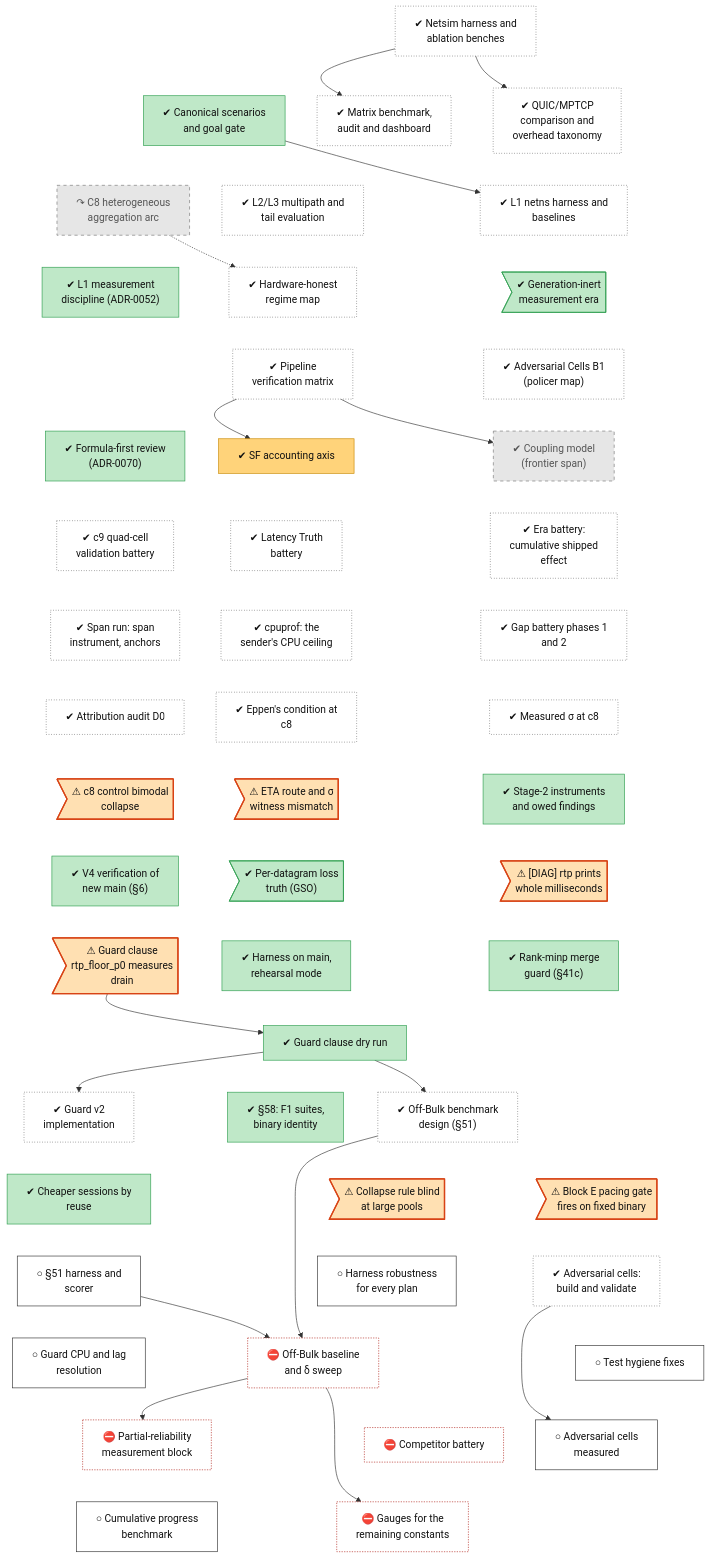
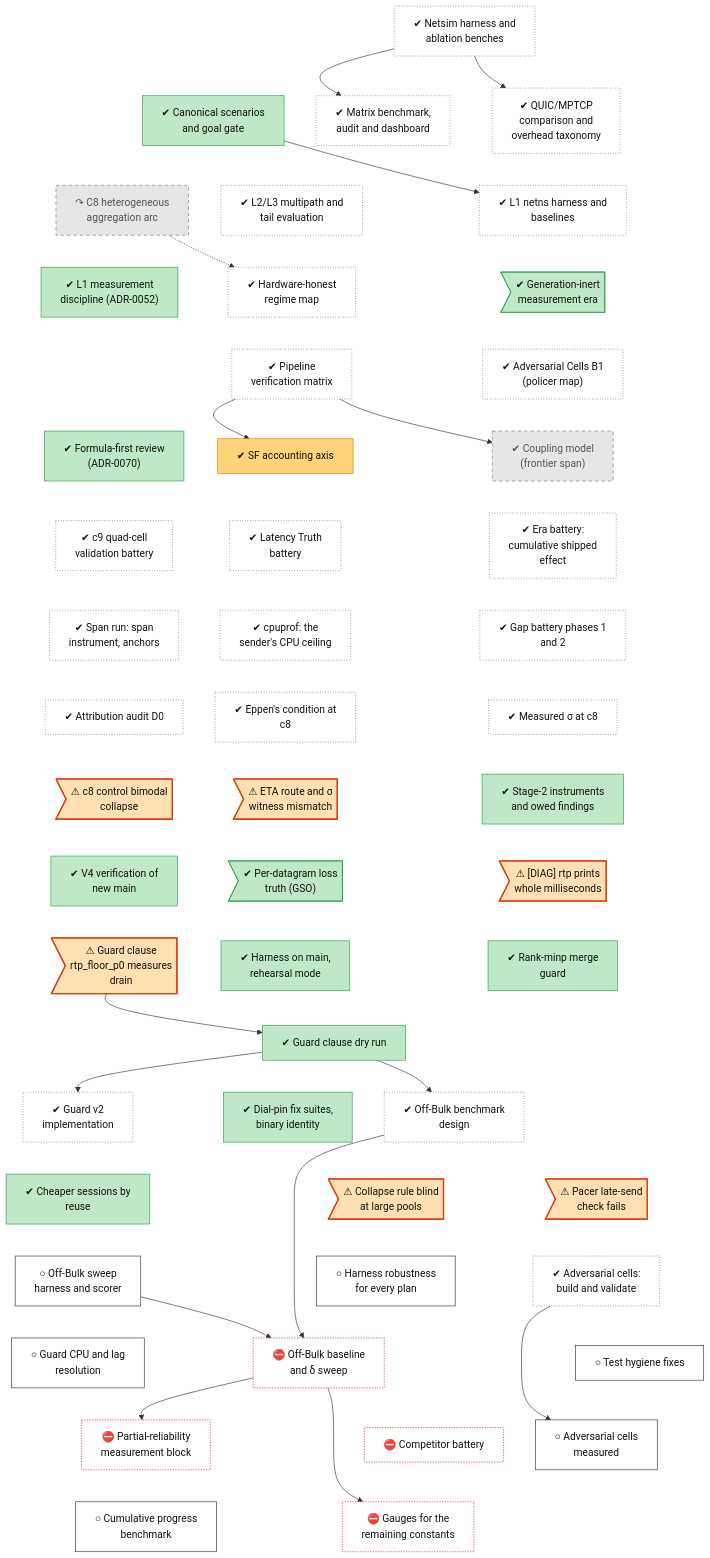
Before and after one commit to lhns/raptorpath: the diagram in docs/roadmap/tracks/meas.md, drawn with Mermaid. The commit also changed other lines of this file and 12 other files, not shown here.

First line of the commit message:
roadmap: plain titles - no section numbers or internal codenames (block E, F2, s62, 61a) in titles or plain sentences

```diff
--- a/docs/roadmap/tracks/meas.md
+++ b/docs/roadmap/tracks/meas.md
@@ -38,18 +38,18 @@
     meas_defect_c8_bimodal>"⚠ c8 control bimodal<br/>collapse"]
     meas_defect_diag_rtp_ms>"⚠ #91;DIAG#93; rtp prints<br/>whole milliseconds"]
     meas_gso_truth>"✔ Per-datagram loss<br/>truth (GSO)"]
-    meas_v4_verification["✔ V4 verification of<br/>new main (#167;6)"]
-    meas_guard_41c["✔ Rank-minp merge<br/>guard (#167;41c)"]
+    meas_v4_verification["✔ V4 verification of<br/>new main"]
+    meas_guard_41c["✔ Rank-minp merge<br/>guard"]
     meas_harness_consolidation["✔ Harness on main,<br/>rehearsal mode"]
     meas_defect_rtp_floor>"⚠ Guard clause<br/>rtp_floor_p0 measures<br/>drain"]
     meas_guard_clause_dry["✔ Guard clause dry run"]
     meas_guard_v2_impl["✔ Guard v2<br/>implementation"]
-    meas_s51_design["✔ Off-Bulk benchmark<br/>design (#167;51)"]
-    meas_s58_session["✔ #167;58: F1 suites,<br/>binary identity"]
+    meas_s51_design["✔ Off-Bulk benchmark<br/>design"]
+    meas_s58_session["✔ Dial-pin fix suites,<br/>binary identity"]
     meas_harness_reuse["✔ Cheaper sessions by<br/>reuse"]
-    meas_blocke_pacing_gate>"⚠ Block E pacing gate<br/>fires on fixed binary"]
+    meas_blocke_pacing_gate>"⚠ Pacer late-send<br/>check fails"]
     meas_defect_cr61_large_pool>"⚠ Collapse rule blind<br/>at large pools"]
-    meas_s51_harness["○ #167;51 harness and<br/>scorer"]
+    meas_s51_harness["○ Off-Bulk sweep<br/>harness and scorer"]
     meas_adversarial_cells_build["✔ Adversarial cells:<br/>build and validate"]
     meas_harness_robustness["○ Harness robustness<br/>for every plan"]
     meas_guard_resolution["○ Guard CPU and lag<br/>resolution"]
```
